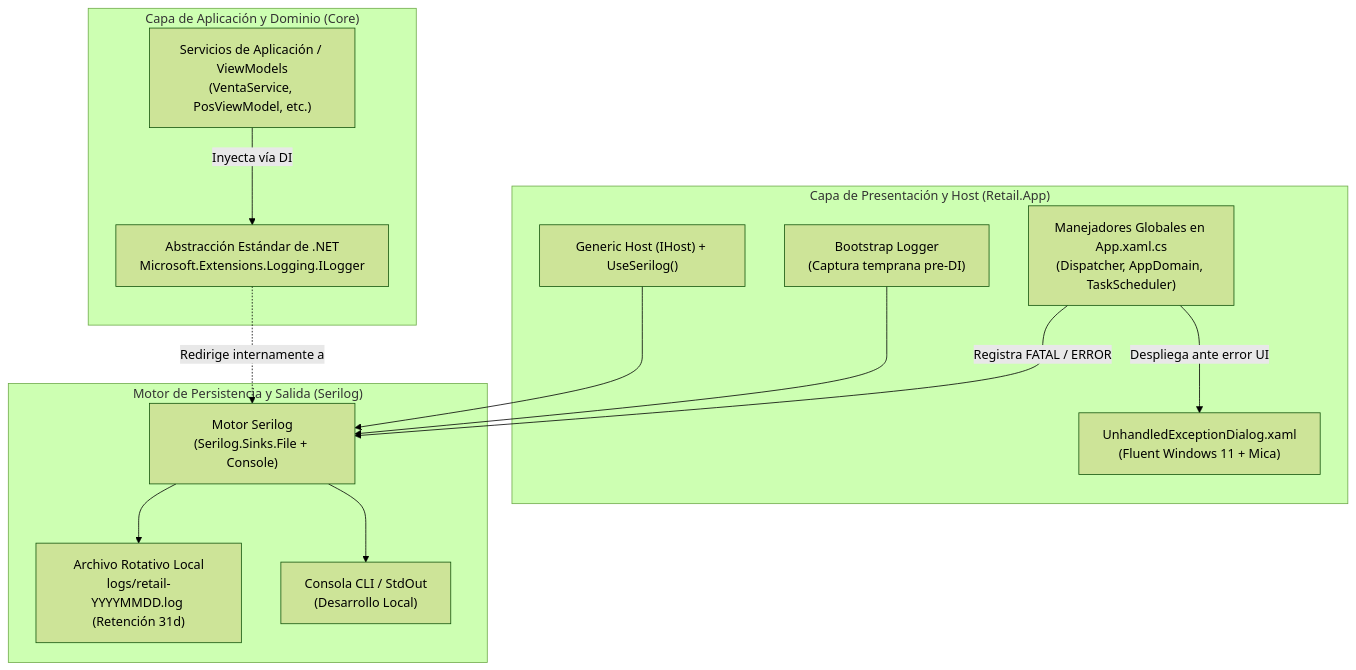
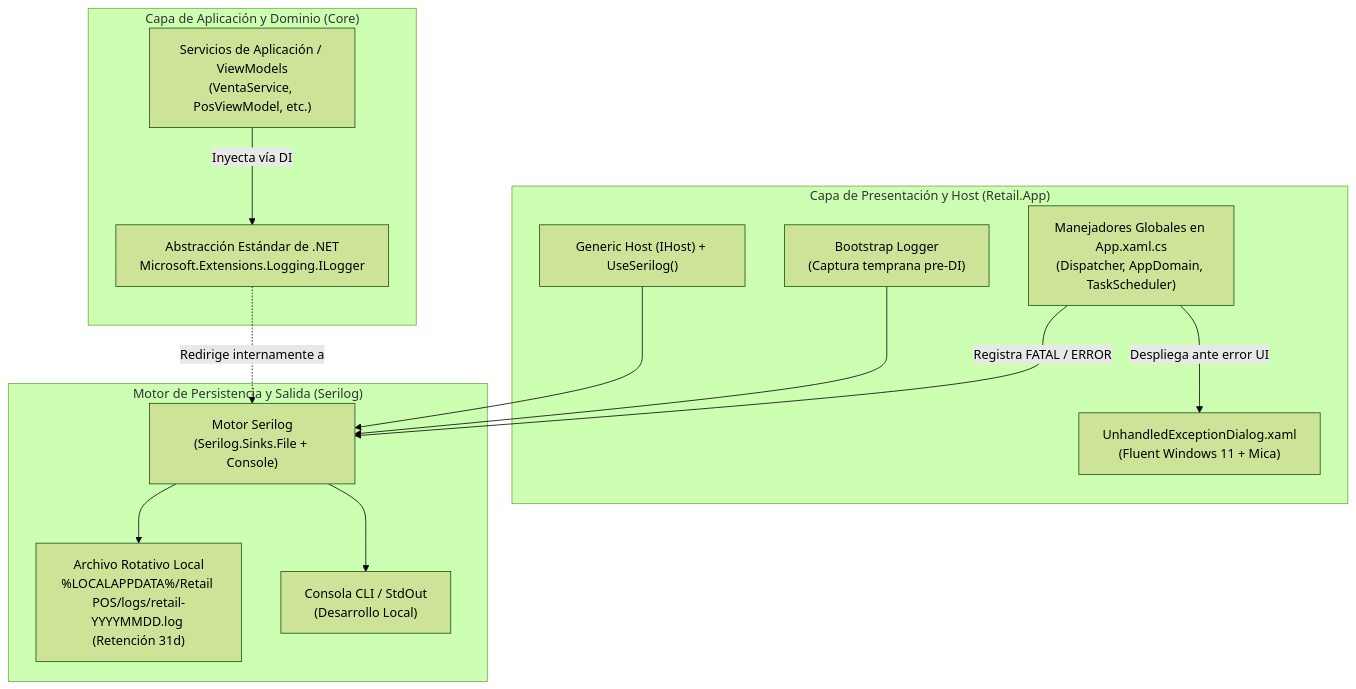
One commit to lucaskruzolek/retail changed the diagram in docs/SISTEMA_DE_LOGGING.md. Above: the diagram before and after it, drawn with Mermaid (forest theme). The commit also changed other lines of this file and 20 other files, not shown here.

````diff
--- a/docs/SISTEMA_DE_LOGGING.md
+++ b/docs/SISTEMA_DE_LOGGING.md
@@ -13,31 +13,31 @@
 ```mermaid
 graph TD
     subgraph "Capa de Aplicación y Dominio (Core)"
         APP_SRV["Servicios de Aplicación / ViewModels\n(VentaService, PosViewModel, etc.)"]
         ILOGGER["Abstracción Estándar de .NET\nMicrosoft.Extensions.Logging.ILogger<T>"]
         APP_SRV -->|"Inyecta vía DI"| ILOGGER
     end
 
     subgraph "Capa de Presentación y Host (Retail.App)"
         HOST["Generic Host (IHost) + UseSerilog()"]
         BOOT["Bootstrap Logger\n(Captura temprana pre-DI)"]
         HANDLERS["Manejadores Globales en App.xaml.cs\n(Dispatcher, AppDomain, TaskScheduler)"]
         UI_DIALOG["UnhandledExceptionDialog.xaml\n(Fluent Windows 11 + Mica)"]
         
         HANDLERS -->|"Despliega ante error UI"| UI_DIALOG
     end
 
     subgraph "Motor de Persistencia y Salida (Serilog)"
         SERILOG["Motor Serilog\n(Serilog.Sinks.File + Console)"]
-        ROTATIVE["Archivo Rotativo Local\nlogs/retail-YYYYMMDD.log (Retención 31d)"]
+        ROTATIVE["Archivo Rotativo Local\n%LOCALAPPDATA%/Retail POS/logs/retail-YYYYMMDD.log (Retención 31d)"]
         CONSOLE["Consola CLI / StdOut\n(Desarrollo Local)"]
         
         SERILOG --> ROTATIVE
         SERILOG --> CONSOLE
     end
 
     ILOGGER -.->|"Redirige internamente a"| SERILOG
     HOST --> SERILOG
     BOOT --> SERILOG
     HANDLERS -->|"Registra FATAL / ERROR"| SERILOG
 ```
````
